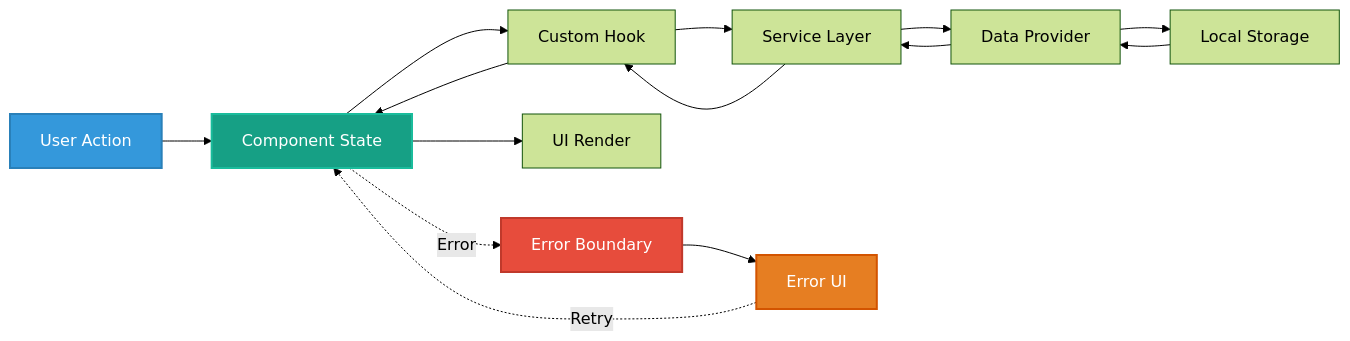
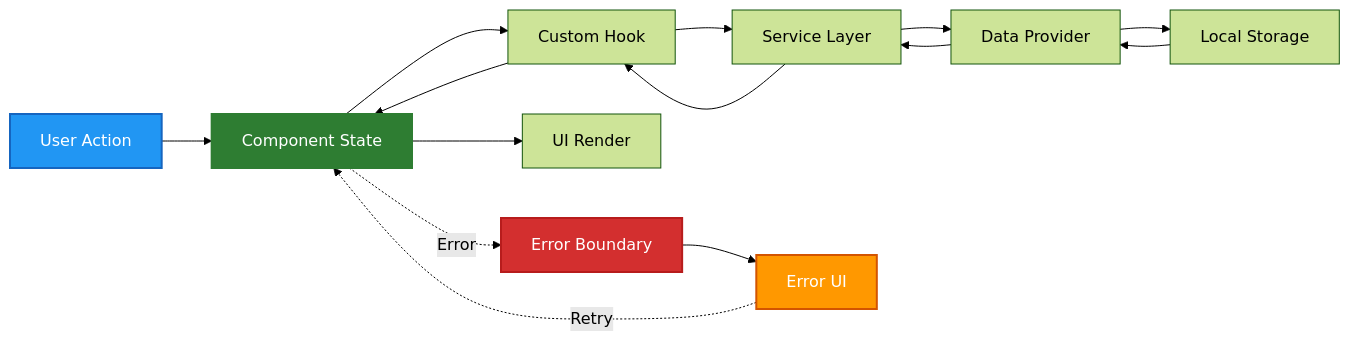
The first of 11 diagrams in docs/architecture/STATEDIAGRAM.md (Hack23/cia-compliance-manager), drawn with Mermaid (forest theme) before and after one commit. The commit also changed other lines of this file and 18 other files, not shown here.

````diff
--- a/docs/architecture/STATEDIAGRAM.md
+++ b/docs/architecture/STATEDIAGRAM.md
@@ -43,22 +43,22 @@
 ```mermaid
 graph LR
     A[User Action] --> B[Component State]
     B --> C[Custom Hook]
     C --> D[Service Layer]
     D --> E[Data Provider]
     E --> F[Local Storage]
     F --> E
     E --> D
     D --> C
     C --> B
     B --> G[UI Render]
     
     B -.Error.-> H[Error Boundary]
     H --> I[Error UI]
     I -.Retry.-> B
     
-    style A fill:#3498db,stroke:#2980b9,stroke-width:2px,color:white
-    style B fill:#16a085,stroke:#1abc9c,stroke-width:2px,color:white
-    style H fill:#e74c3c,stroke:#c0392b,stroke-width:2px,color:white
-    style I fill:#e67e22,stroke:#d35400,stroke-width:2px,color:white
+    style A fill:#2196F3,stroke:#1565C0,stroke-width:2px,color:white
+    style B fill:#2E7D32,stroke:#2E7D32,stroke-width:2px,color:white
+    style H fill:#D32F2F,stroke:#B71C1C,stroke-width:2px,color:white
+    style I fill:#FF9800,stroke:#d35400,stroke-width:2px,color:white
 ```
````
